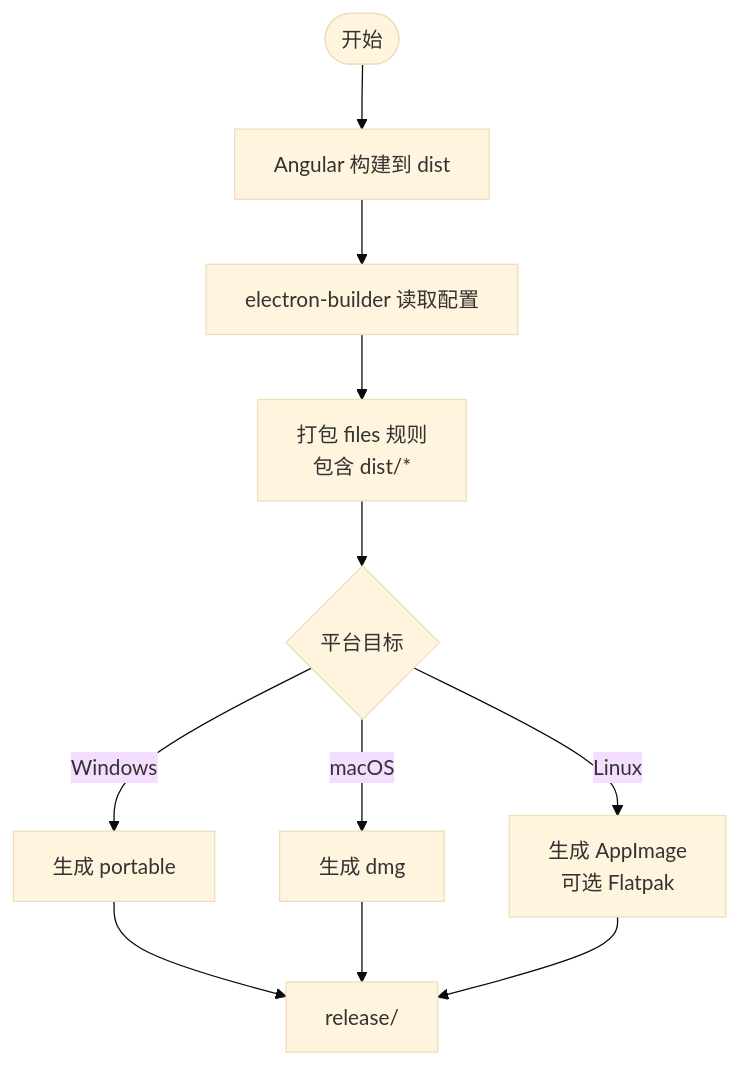
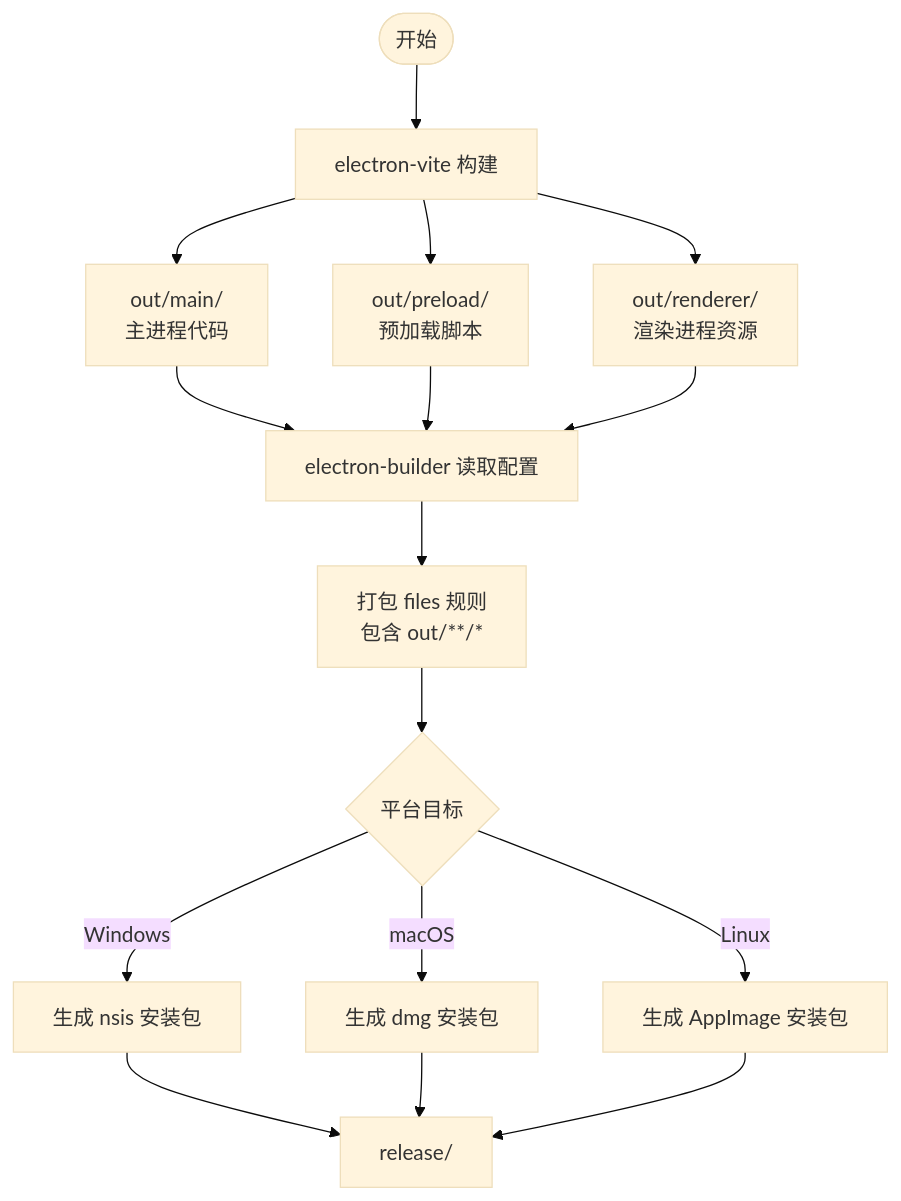
Before and after one commit to haolange/RDC-Agent: the third of 4 diagrams in .qoder/repowiki/zh/content/构建与打包/Electron 打包配置.md, drawn with Mermaid (base theme). The commit also changed other lines of this file and 3 other files, not shown here.

````diff
--- a/.qoder/repowiki/zh/content/构建与打包/Electron 打包配置.md
+++ b/.qoder/repowiki/zh/content/构建与打包/Electron 打包配置.md
@@ -164,13 +180,18 @@
 ```mermaid
 flowchart TD
-Start(["开始"]) --> BuildWeb["Angular 构建到 dist"]
-BuildWeb --> EBRead["electron-builder 读取配置"]
-EBRead --> PackFiles["打包 files 规则<br/>包含 dist/*"]
+Start(["开始"]) --> BuildEVite["electron-vite 构建"]
+BuildEVite --> OutMain["out/main/<br/>主进程代码"]
+BuildEVite --> OutPreload["out/preload/<br/>预加载脚本"]
+BuildEVite --> OutRenderer["out/renderer/<br/>渲染进程资源"]
+OutMain --> EBRead["electron-builder 读取配置"]
+OutPreload --> EBRead
+OutRenderer --> EBRead
+EBRead --> PackFiles["打包 files 规则<br/>包含 out/**/*"]
 PackFiles --> Targets{"平台目标"}
-Targets --> |Windows| Win["生成 portable"]
-Targets --> |macOS| Mac["生成 dmg"]
-Targets --> |Linux| Lin["生成 AppImage<br/>可选 Flatpak"]
+Targets --> |Windows| Win["生成 nsis 安装包"]
+Targets --> |macOS| Mac["生成 dmg 安装包"]
+Targets --> |Linux| Lin["生成 AppImage 安装包"]
 Win --> Output["release/"]
 Mac --> Output
 Lin --> Output
 ```
````
